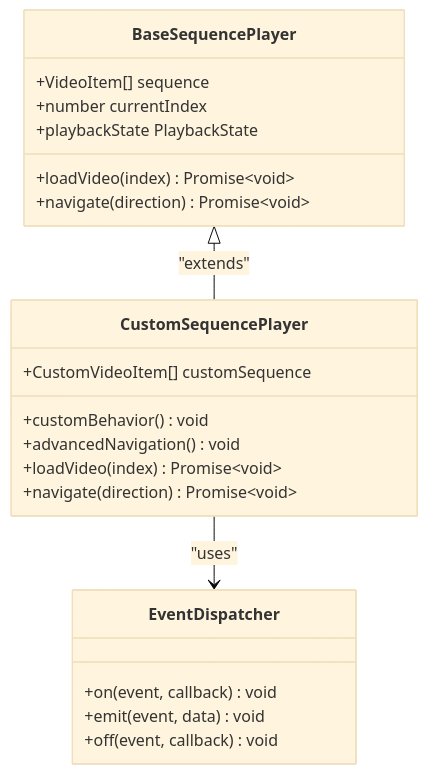
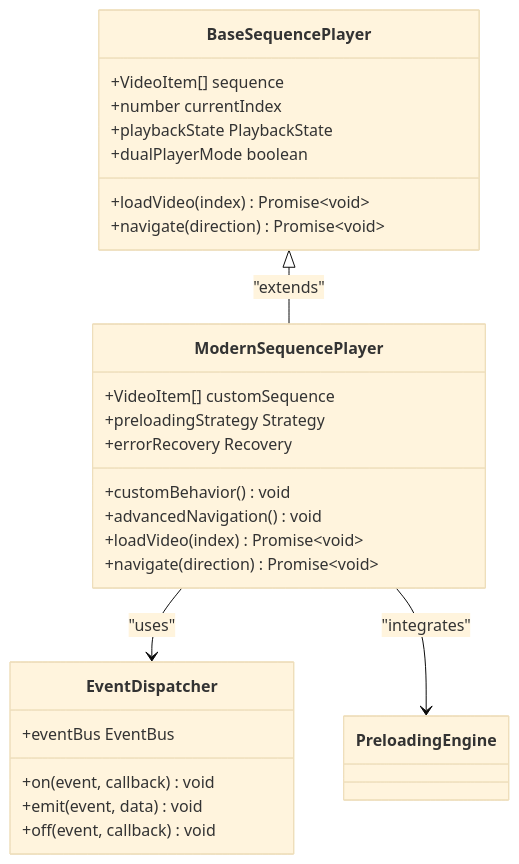
Before and after one commit to 156258852/video-rn: the sixth of 7 diagrams in .qoder/repowiki/en/content/State Management/Video Sequence State Management.md, drawn with Mermaid (base theme). The commit also changed other lines of this file and 5 other files, not shown here.

````diff
--- a/.qoder/repowiki/en/content/State Management/Video Sequence State Management.md
+++ b/.qoder/repowiki/en/content/State Management/Video Sequence State Management.md
@@ -233,24 +273,29 @@
 ```mermaid
 classDiagram
 class BaseSequencePlayer {
 +VideoItem[] sequence
 +number currentIndex
 +playbackState PlaybackState
 +loadVideo(index) Promise~void~
 +navigate(direction) Promise~void~
++dualPlayerMode boolean
 }
-class CustomSequencePlayer {
-+CustomVideoItem[] customSequence
+class ModernSequencePlayer {
++VideoItem[] customSequence
 +customBehavior() void
 +advancedNavigation() void
 +loadVideo(index) Promise~void~
 +navigate(direction) Promise~void~
++preloadingStrategy Strategy
++errorRecovery Recovery
 }
 class EventDispatcher {
 +on(event, callback) void
 +emit(event, data) void
 +off(event, callback) void
++eventBus EventBus
 }
-BaseSequencePlayer <|-- CustomSequencePlayer : "extends"
-CustomSequencePlayer --> EventDispatcher : "uses"
+BaseSequencePlayer <|-- ModernSequencePlayer : "extends"
+ModernSequencePlayer --> EventDispatcher : "uses"
+ModernSequencePlayer --> PreloadingEngine : "integrates"
 ```
````
